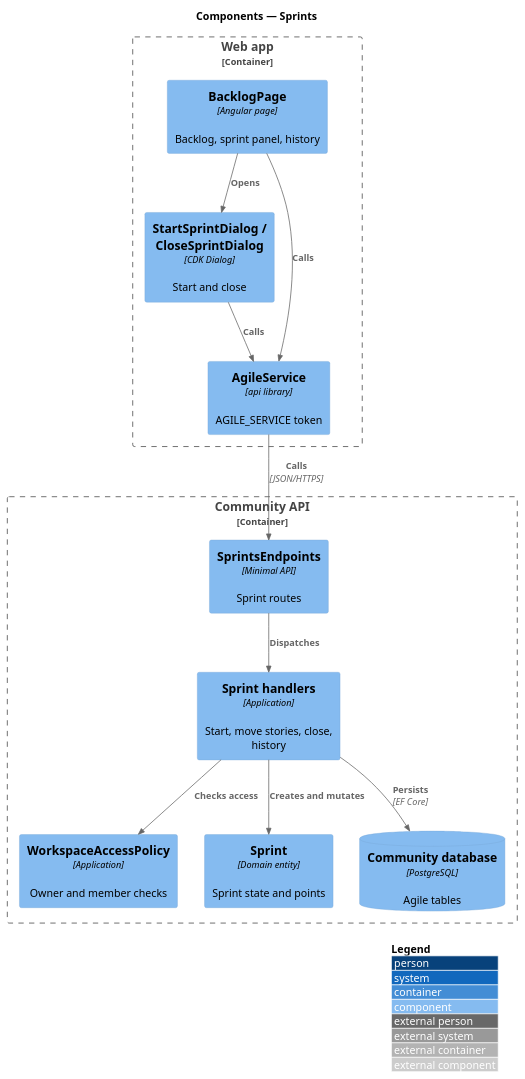
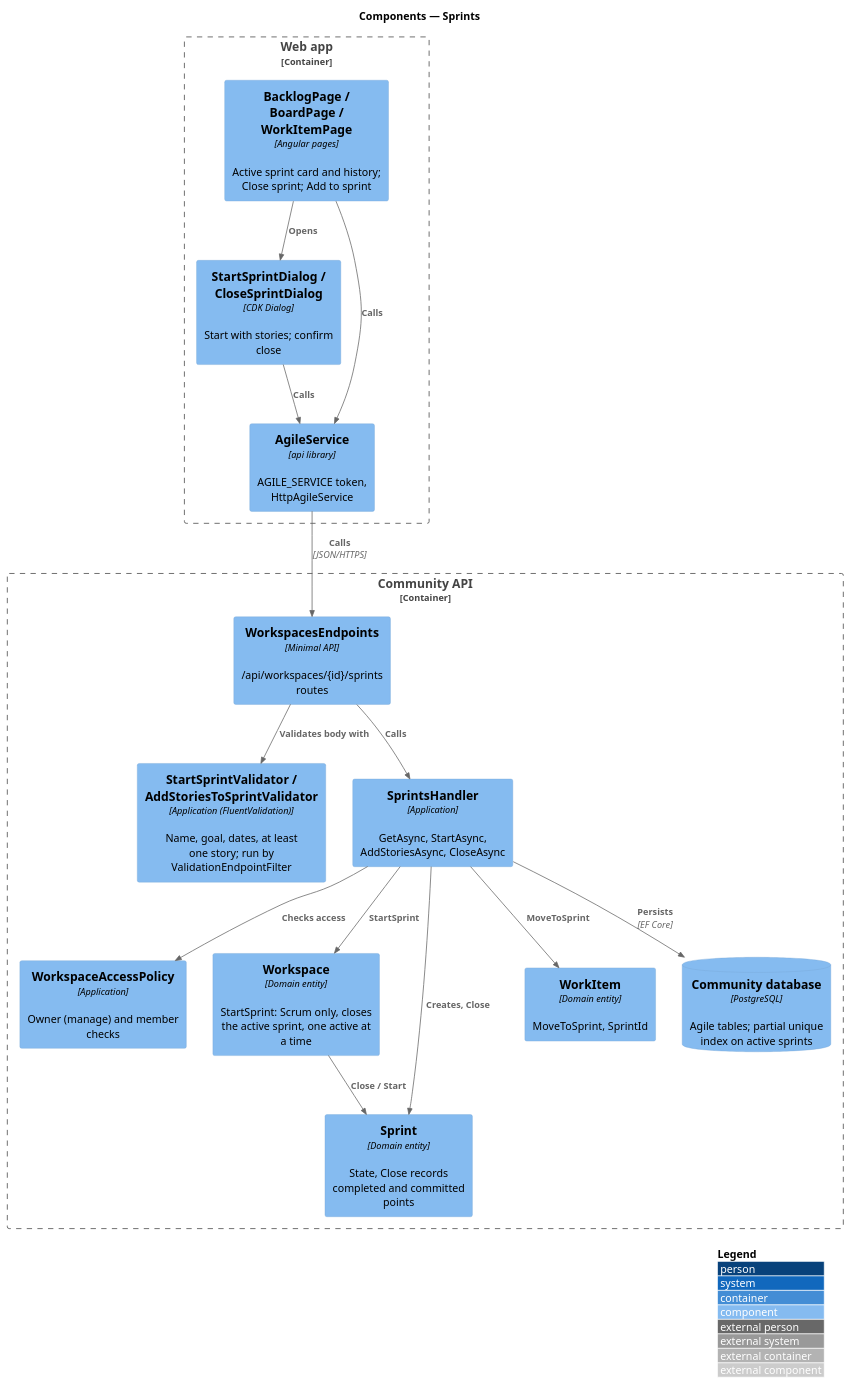
Before and after one commit to QuinntyneBrown/faithtech-community: the diagram in docs/detailed-designs/agile/sprints/diagrams/c4-component.puml, drawn with PlantUML. The commit also changed 74 other files, not shown here.

```diff
--- a/docs/detailed-designs/agile/sprints/diagrams/c4-component.puml
+++ b/docs/detailed-designs/agile/sprints/diagrams/c4-component.puml
@@ -1,27 +1,34 @@
 @startuml
 !include <C4/C4_Component>
 LAYOUT_WITH_LEGEND()
 title Components — Sprints
 
 Container_Boundary(web, "Web app") {
-  Component(page, "BacklogPage", "Angular page", "Backlog, sprint panel, history")
-  Component(dlg, "StartSprintDialog / CloseSprintDialog", "CDK Dialog", "Start and close")
-  Component(svc, "AgileService", "api library", "AGILE_SERVICE token")
+  Component(page, "BacklogPage / BoardPage / WorkItemPage", "Angular pages", "Active sprint card and history; Close sprint; Add to sprint")
+  Component(dlg, "StartSprintDialog / CloseSprintDialog", "CDK Dialog", "Start with stories; confirm close")
+  Component(svc, "AgileService", "api library", "AGILE_SERVICE token, HttpAgileService")
 }
 Container_Boundary(api, "Community API") {
-  Component(ep, "SprintsEndpoints", "Minimal API", "Sprint routes")
-  Component(h, "Sprint handlers", "Application", "Start, move stories, close, history")
-  Component(pol, "WorkspaceAccessPolicy", "Application", "Owner and member checks")
-  Component(ent, "Sprint", "Domain entity", "Sprint state and points")
-  ComponentDb(db, "Community database", "PostgreSQL", "Agile tables")
+  Component(ep, "WorkspacesEndpoints", "Minimal API", "/api/workspaces/{id}/sprints routes")
+  Component(val, "StartSprintValidator / AddStoriesToSprintValidator", "Application (FluentValidation)", "Name, goal, dates, at least one story; run by ValidationEndpointFilter")
+  Component(h, "SprintsHandler", "Application", "GetAsync, StartAsync, AddStoriesAsync, CloseAsync")
+  Component(pol, "WorkspaceAccessPolicy", "Application", "Owner (manage) and member checks")
+  Component(ws, "Workspace", "Domain entity", "StartSprint: Scrum only, closes the active sprint, one active at a time")
+  Component(ent, "Sprint", "Domain entity", "State, Close records completed and committed points")
+  Component(wi, "WorkItem", "Domain entity", "MoveToSprint, SprintId")
+  ComponentDb(db, "Community database", "PostgreSQL", "Agile tables; partial unique index on active sprints")
 }
 
 Rel(page, dlg, "Opens")
 Rel(page, svc, "Calls")
 Rel(dlg, svc, "Calls")
 Rel(svc, ep, "Calls", "JSON/HTTPS")
-Rel(ep, h, "Dispatches")
+Rel(ep, val, "Validates body with")
+Rel(ep, h, "Calls")
 Rel(h, pol, "Checks access")
-Rel(h, ent, "Creates and mutates")
+Rel(h, ws, "StartSprint")
+Rel(ws, ent, "Close / Start")
+Rel(h, ent, "Creates, Close")
+Rel(h, wi, "MoveToSprint")
 Rel(h, db, "Persists", "EF Core")
 @enduml
```
